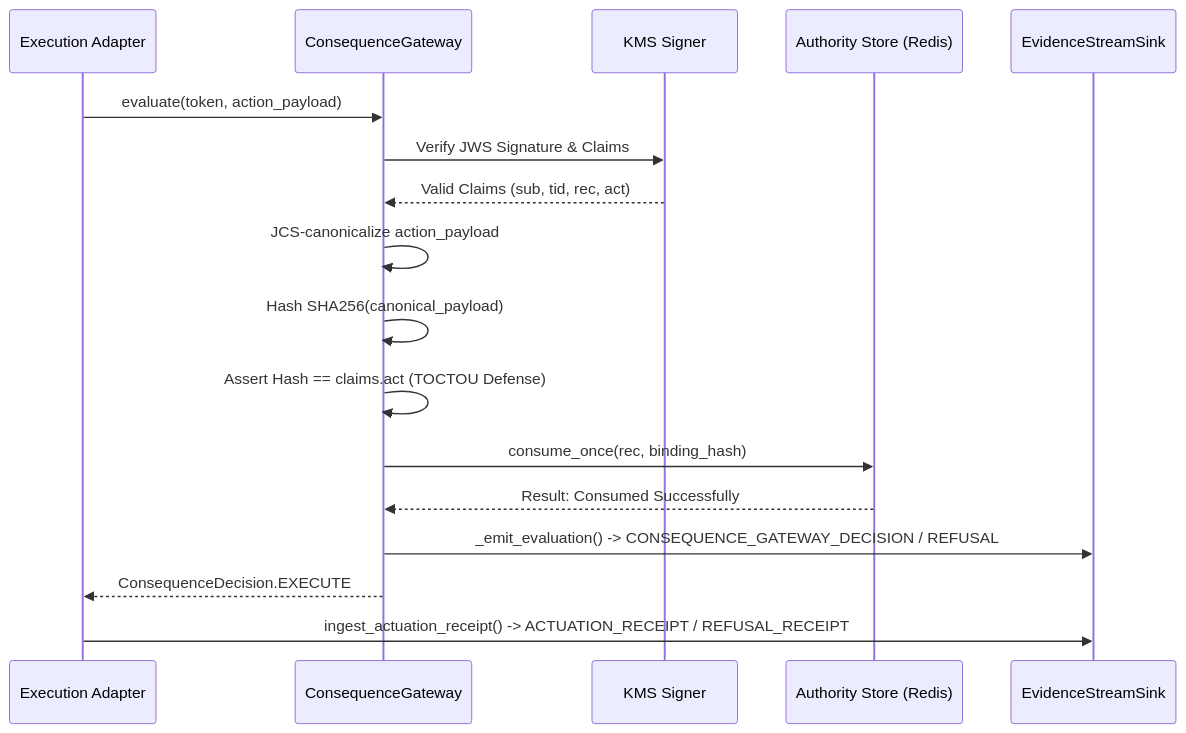
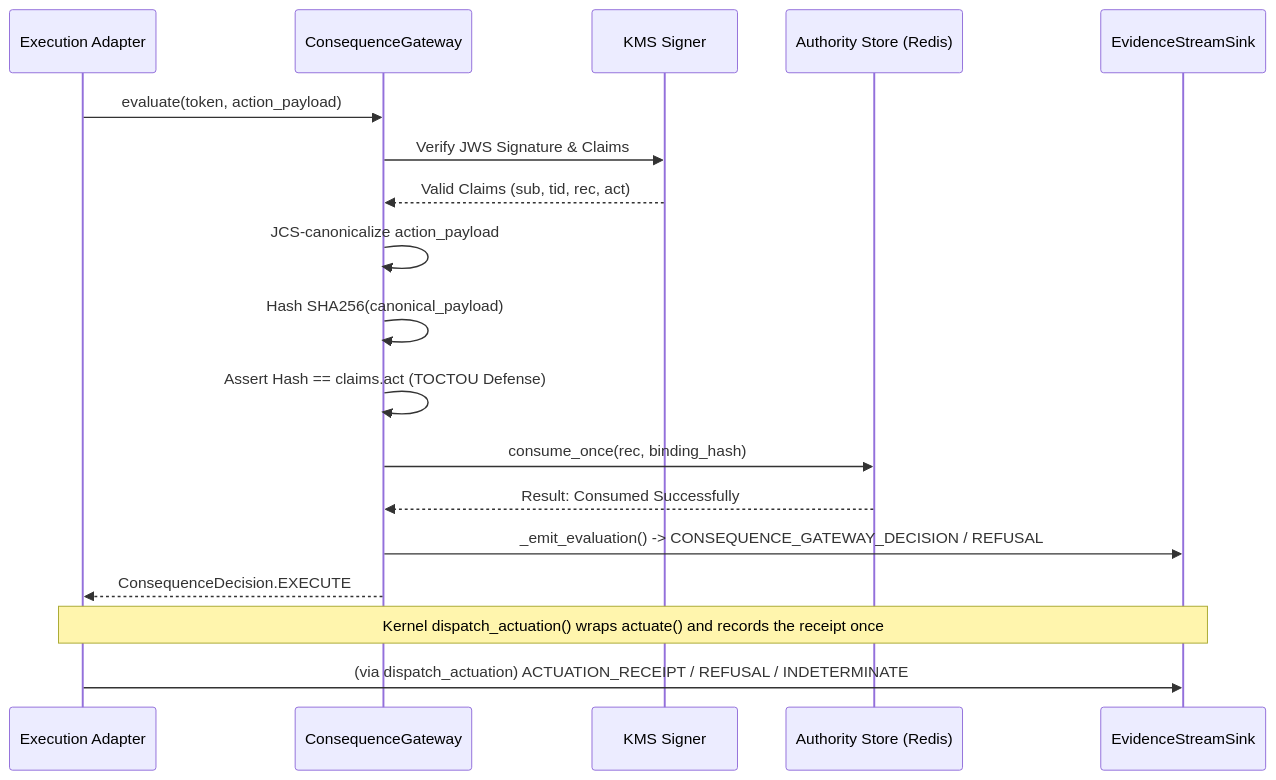
Before and after one commit to google/cybernetic-agent-governance-engine: the diagram in docs/architecture/CONSEQUENCE_GATEWAY.md, drawn with Mermaid. The commit also changed other lines of this file and 45 other files, not shown here.

````diff
--- a/docs/architecture/CONSEQUENCE_GATEWAY.md
+++ b/docs/architecture/CONSEQUENCE_GATEWAY.md
@@ -19,20 +19,21 @@
 ```mermaid
 sequenceDiagram
     participant Adapter as Execution Adapter
     participant Gateway as ConsequenceGateway
     participant KMS as KMS Signer
     participant Store as Authority Store (Redis)
     participant Evidence as EvidenceStreamSink
     
     Adapter->>Gateway: evaluate(token, action_payload)
     Gateway->>KMS: Verify JWS Signature & Claims
     KMS-->>Gateway: Valid Claims (sub, tid, rec, act)
     Gateway->>Gateway: JCS-canonicalize action_payload
     Gateway->>Gateway: Hash SHA256(canonical_payload)
     Gateway->>Gateway: Assert Hash == claims.act (TOCTOU Defense)
     Gateway->>Store: consume_once(rec, binding_hash)
     Store-->>Gateway: Result: Consumed Successfully
     Gateway->>Evidence: _emit_evaluation() -> CONSEQUENCE_GATEWAY_DECISION / REFUSAL
     Gateway-->>Adapter: ConsequenceDecision.EXECUTE
-    Adapter->>Evidence: ingest_actuation_receipt() -> ACTUATION_RECEIPT / REFUSAL_RECEIPT
+    Note over Adapter,Evidence: Kernel dispatch_actuation() wraps actuate() and records the receipt once
+    Adapter->>Evidence: (via dispatch_actuation) ACTUATION_RECEIPT / REFUSAL / INDETERMINATE
 ```
````
